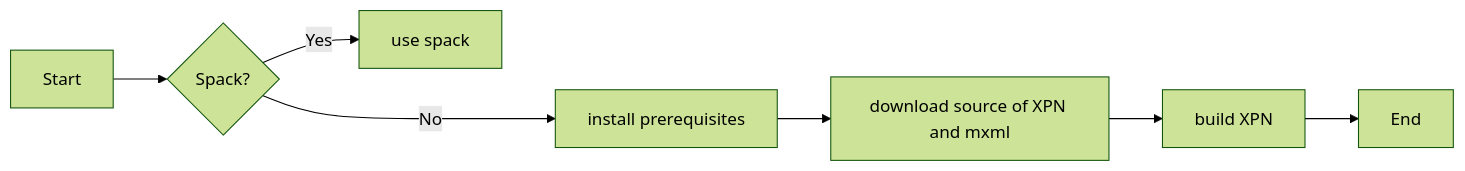
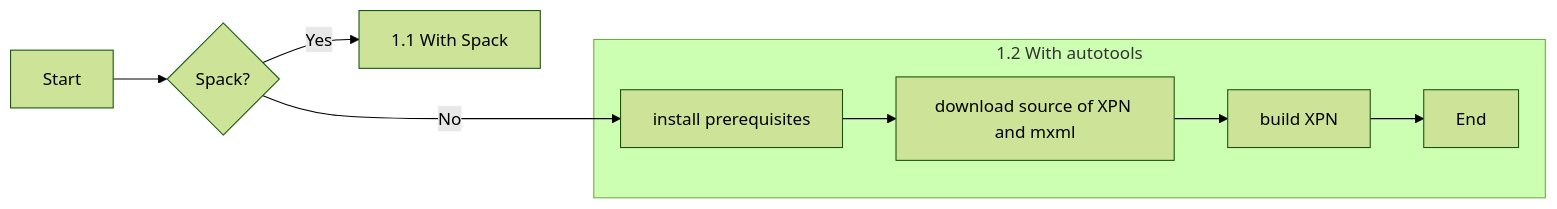
One commit to xpn-arcos/xpn changed the first of 2 diagrams in README.md. Above: the diagram before and after it, drawn with Mermaid (forest theme). The commit also changed other lines of this file, not shown here.

````diff
--- a/README.md
+++ b/README.md
@@ -19,9 +19,11 @@
   ```mermaid
   flowchart LR
     A[Start] --> B{Spack?}
-    B -- Yes --> C[use spack]
+    B -- Yes --> C[1.1 With Spack]
     B -- No ---> D[install prerequisites]
+    subgraph ide1 [1.2 With autotools]
     D --> E[download source of XPN and mxml]
     E --> F[build XPN]
     F --> G[End]
+    end
   ```
````
